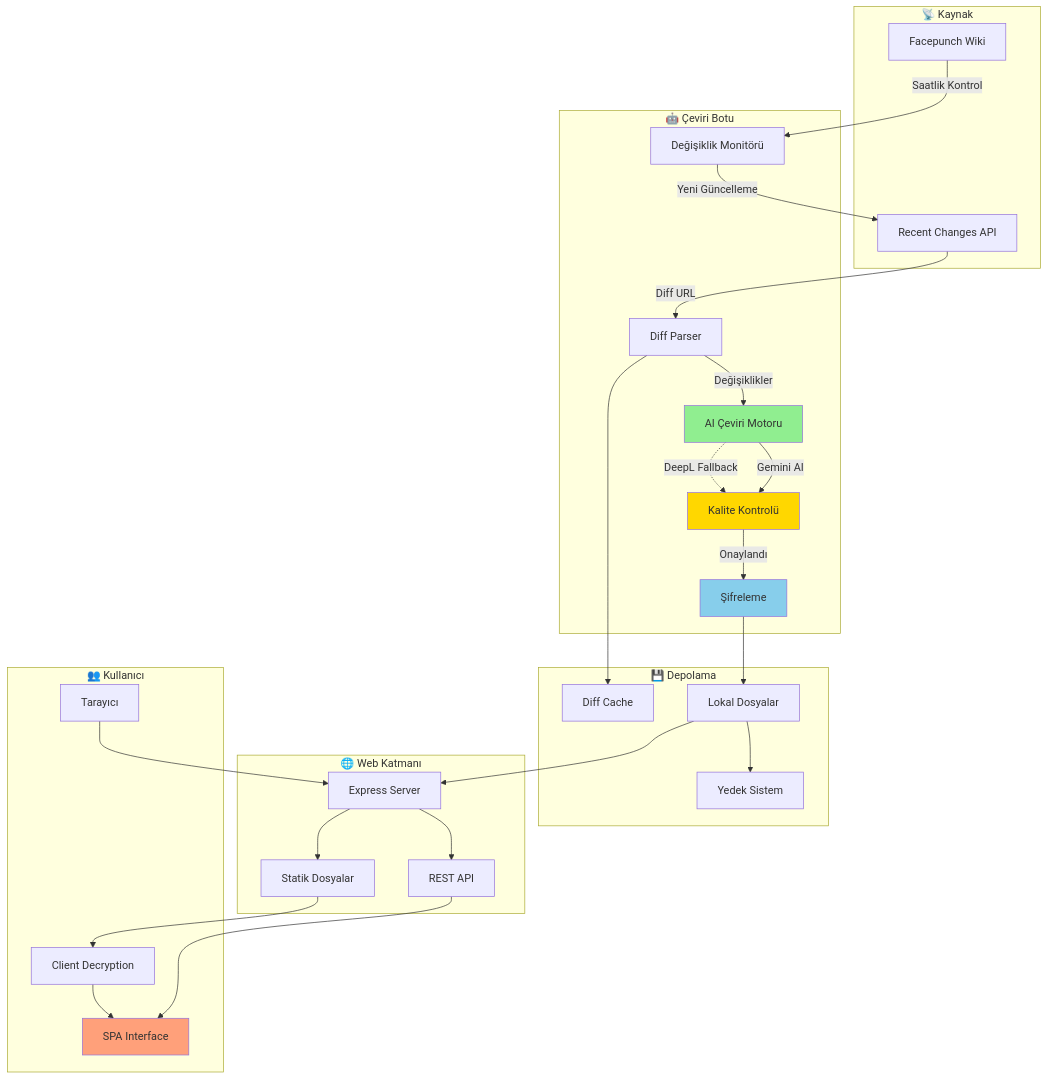
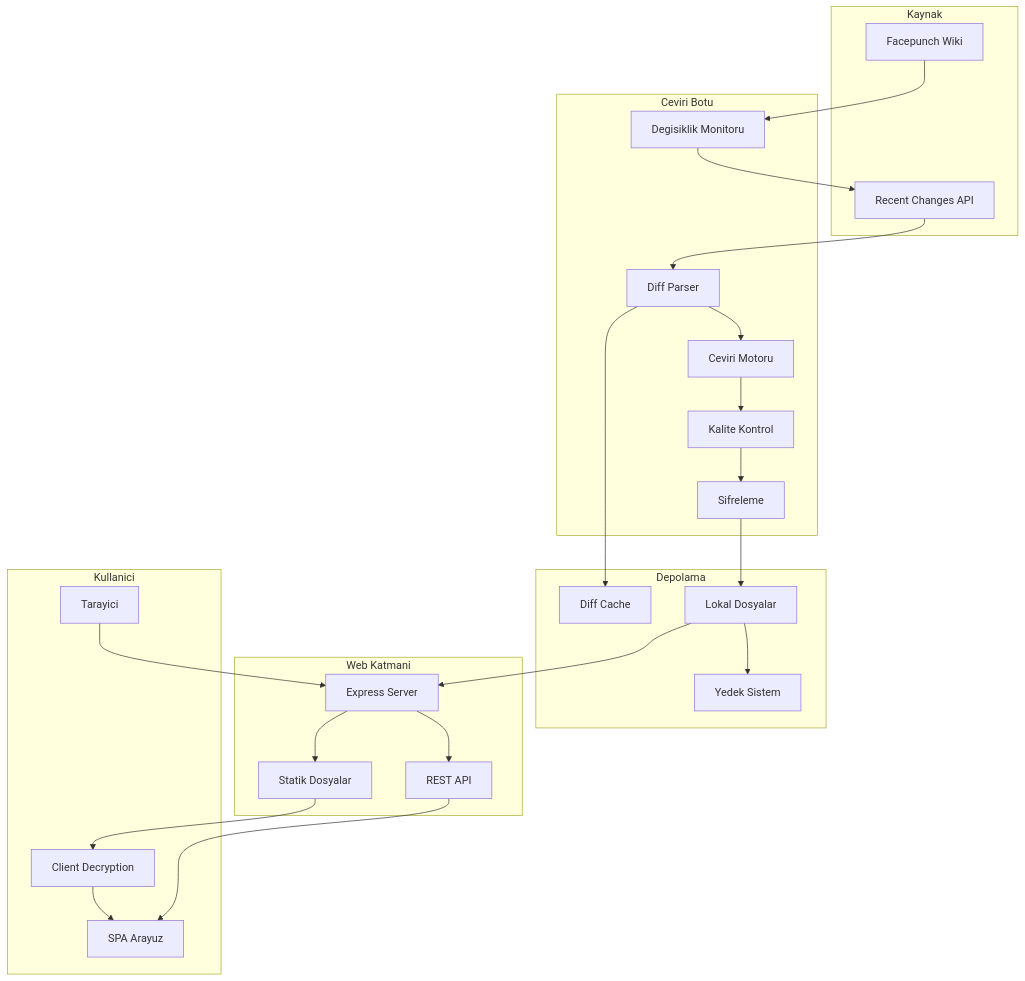
The first of 2 diagrams in README.tr.md (Paracci/facepunch-wiki-tr), drawn with Mermaid before and after one commit. The commit also changed other lines of this file, not shown here.

First line of the commit message:
add local Helsinki-NLP fallback model

````diff
--- a/README.tr.md
+++ b/README.tr.md
@@ -106,60 +109,53 @@
 ```mermaid
 flowchart TB
-    subgraph Source["📡 Kaynak"]
+    subgraph Source["Kaynak"]
         FP[Facepunch Wiki]
         RC[Recent Changes API]
     end
-    
-    subgraph Bot["🤖 Çeviri Botu"]
-        Monitor[Değişiklik Monitörü]
+
+    subgraph Bot["Ceviri Botu"]
+        Monitor[Degisiklik Monitoru]
         DiffParser[Diff Parser]
-        Translator[AI Çeviri Motoru]
-        Validator[Kalite Kontrolü]
-        Encryptor[Şifreleme]
+        Translator[Ceviri Motoru]
+        Validator[Kalite Kontrol]
+        Encryptor[Sifreleme]
     end
-    
-    subgraph Storage["💾 Depolama"]
+
+    subgraph Storage["Depolama"]
         Local[Lokal Dosyalar]
         Backup[Yedek Sistem]
         Cache[Diff Cache]
     end
-    
-    subgraph Web["🌐 Web Katmanı"]
+
+    subgraph Web["Web Katmani"]
         Server[Express Server]
         API[REST API]
         Static[Statik Dosyalar]
     end
-    
-    subgraph Client["👥 Kullanıcı"]
-        Browser[Tarayıcı]
+
+    subgraph Client["Kullanici"]
+        Browser[Tarayici]
         Decrypt[Client Decryption]
-        UI[SPA Interface]
+        UI[SPA Arayuz]
     end
-    
-    FP -->|Saatlik Kontrol| Monitor
-    Monitor -->|Yeni Güncelleme| RC
-    RC -->|Diff URL| DiffParser
-    DiffParser -->|Değişiklikler| Translator
-    
-    Translator -->|Gemini AI| Validator
-    Translator -.->|DeepL Fallback| Validator
-    
-    Validator -->|Onaylandı| Encryptor
+
+    FP --> Monitor
+    Monitor --> RC
+    RC --> DiffParser
+    DiffParser --> Translator
+
+    Translator --> Validator
+    Validator --> Encryptor
     Encryptor --> Local
     Local --> Backup
     DiffParser --> Cache
-    
+
     Local --> Server
     Server --> API
     Server --> Static
-    
+
     Browser --> Server
     Static --> Decrypt
     API --> UI
     Decrypt --> UI
-    
-    style Translator fill:#90EE90
-    style Validator fill:#FFD700
-    style Encryptor fill:#87CEEB
-    style UI fill:#FFA07A
 ```
````
